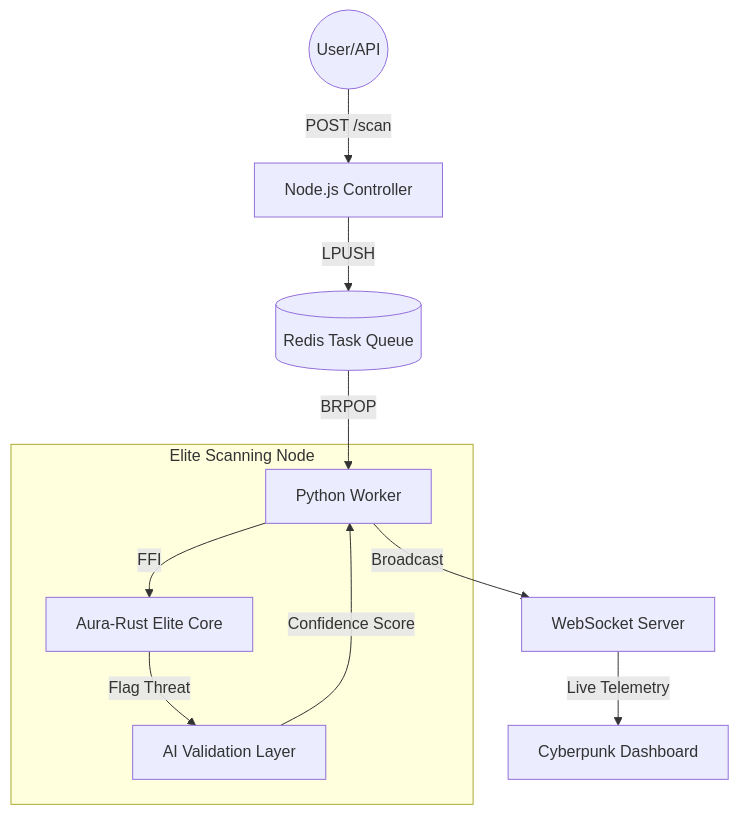
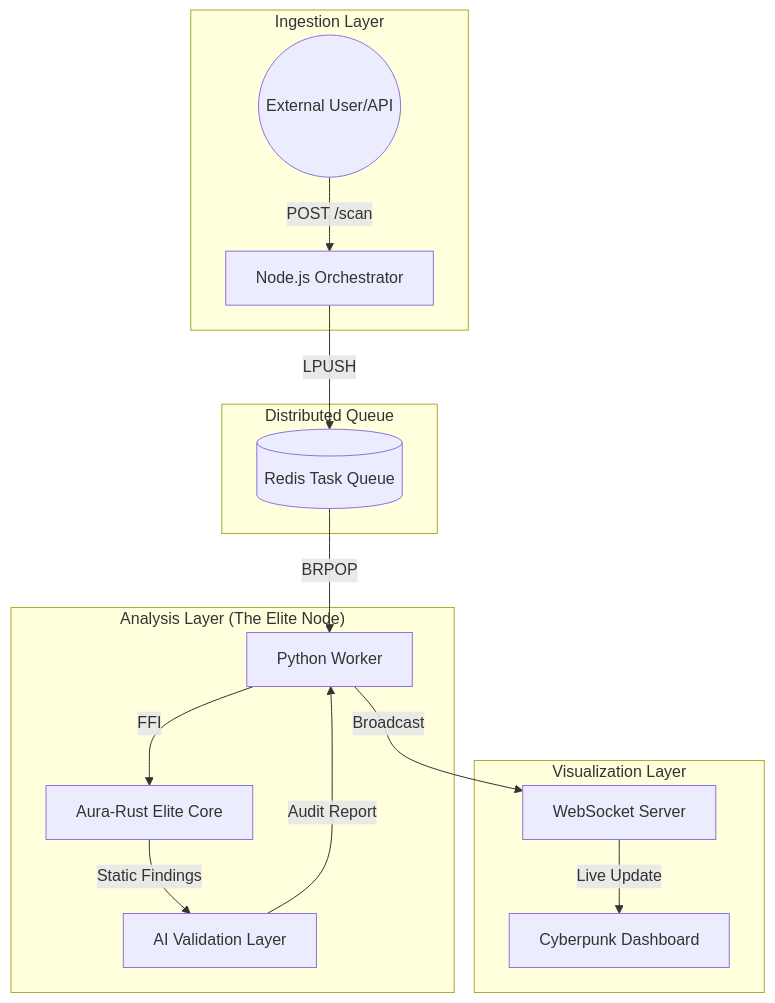
The diagram in README.md (xsourabhsharma/aura-grid), drawn with Mermaid before and after one commit. The commit also changed other lines of this file, not shown here.

Commit message:
Docs: Update to enterprise-grade README with architecture diagrams and benchmarks

````diff
--- a/README.md
+++ b/README.md
@@ -19,13 +29,22 @@
 ```mermaid
 graph TD
-    User((User/API)) -->|POST /scan| Controller[Node.js Controller]
-    Controller -->|LPUSH| Redis[(Redis Task Queue)]
-    Redis -->|BRPOP| Worker[Python Worker]
-    subgraph "Elite Scanning Node"
+    subgraph "Ingestion Layer"
+        User((External User/API)) -->|POST /scan| API[Node.js Orchestrator]
+    end
+
+    subgraph "Distributed Queue"
+        API -->|LPUSH| Redis[(Redis Task Queue)]
+    end
+
+    subgraph "Analysis Layer (The Elite Node)"
+        Redis -->|BRPOP| Worker[Python Worker]
         Worker -->|FFI| Rust[Aura-Rust Elite Core]
-        Rust -->|Flag Threat| AI[AI Validation Layer]
+        Rust -->|Static Findings| AI[AI Validation Layer]
+        AI -->|Audit Report| Worker
     end
-    AI -->|Confidence Score| Worker
-    Worker -->|Broadcast| WS[WebSocket Server]
-    WS -->|Live Telemetry| UI[Cyberpunk Dashboard]
+
+    subgraph "Visualization Layer"
+        Worker -->|Broadcast| WS[WebSocket Server]
+        WS -->|Live Update| Dashboard[Cyberpunk Dashboard]
+    end
 ```
````
